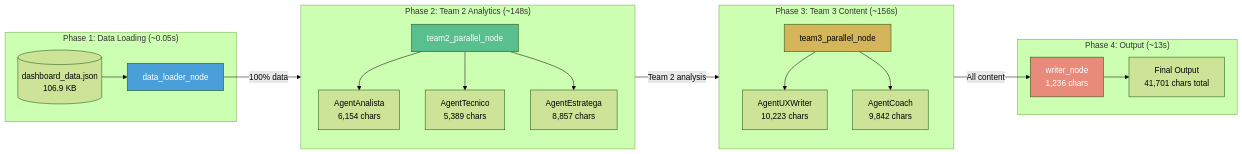
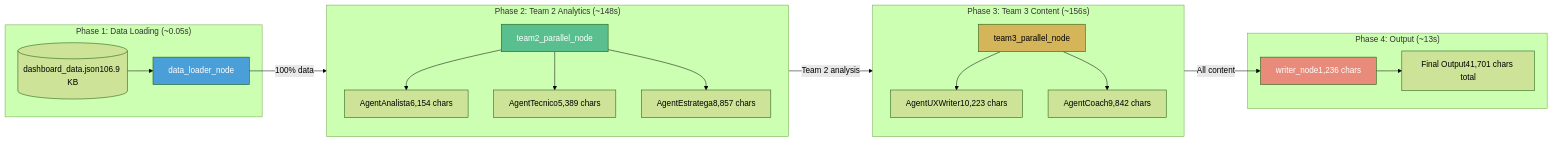
One commit to AlvGolf/AlvGolf-Identity-EngineV3 changed the fourth of 8 diagrams in ARCHITECTURE.md. Above: the diagram before and after it, drawn with Mermaid (forest theme). The commit also changed other lines of this file, not shown here.

Commit message:
Fix Mermaid diagram formatting: Remove HTML line breaks from first diagram

````diff
--- a/ARCHITECTURE.md
+++ b/ARCHITECTURE.md
@@ -190,40 +190,40 @@
 ```mermaid
 graph LR
     subgraph "Phase 1: Data Loading (~0.05s)"
         DL[data_loader_node]
-        JSON[(dashboard_data.json<br/>106.9 KB)]
+        JSON[(dashboard_data.json106.9 KB)]
         JSON --> DL
     end
 
     subgraph "Phase 2: Team 2 Analytics (~148s)"
         direction TB
         T2[team2_parallel_node]
-        AN[AgentAnalista<br/>6,154 chars]
-        TE[AgentTecnico<br/>5,389 chars]
-        ES[AgentEstratega<br/>8,857 chars]
+        AN[AgentAnalista6,154 chars]
+        TE[AgentTecnico5,389 chars]
+        ES[AgentEstratega8,857 chars]
         T2 --> AN & TE & ES
     end
 
     subgraph "Phase 3: Team 3 Content (~156s)"
         direction TB
         T3[team3_parallel_node]
-        UX[AgentUXWriter<br/>10,223 chars]
-        CO[AgentCoach<br/>9,842 chars]
+        UX[AgentUXWriter10,223 chars]
+        CO[AgentCoach9,842 chars]
         T3 --> UX & CO
     end
 
     subgraph "Phase 4: Output (~13s)"
-        WR[writer_node<br/>1,236 chars]
-        OUT[Final Output<br/>41,701 chars total]
+        WR[writer_node1,236 chars]
+        OUT[Final Output41,701 chars total]
         WR --> OUT
     end
 
     DL -->|"100% data"| T2
     T2 -->|"Team 2 analysis"| T3
     T3 -->|"All content"| WR
 
     style DL fill:#4A9FD8,color:#fff
     style T2 fill:#5ABF8F,color:#fff
     style T3 fill:#D4B55A,color:#000
     style WR fill:#E88B7A,color:#fff
 ```
````
